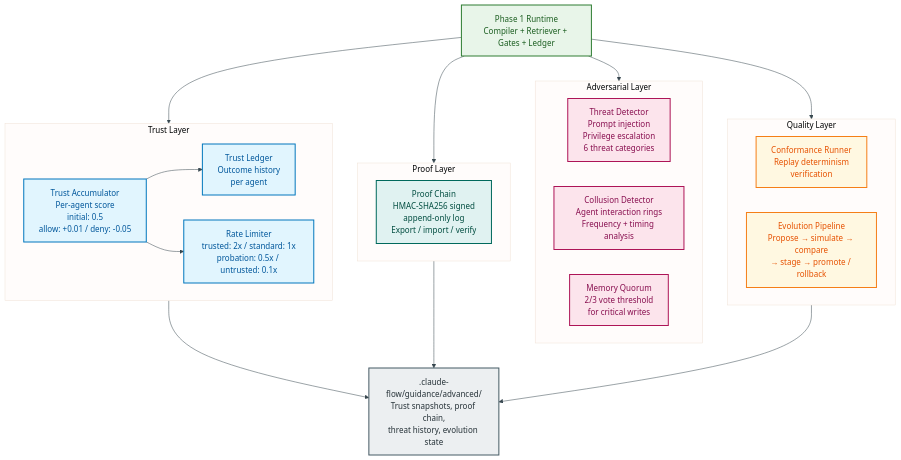
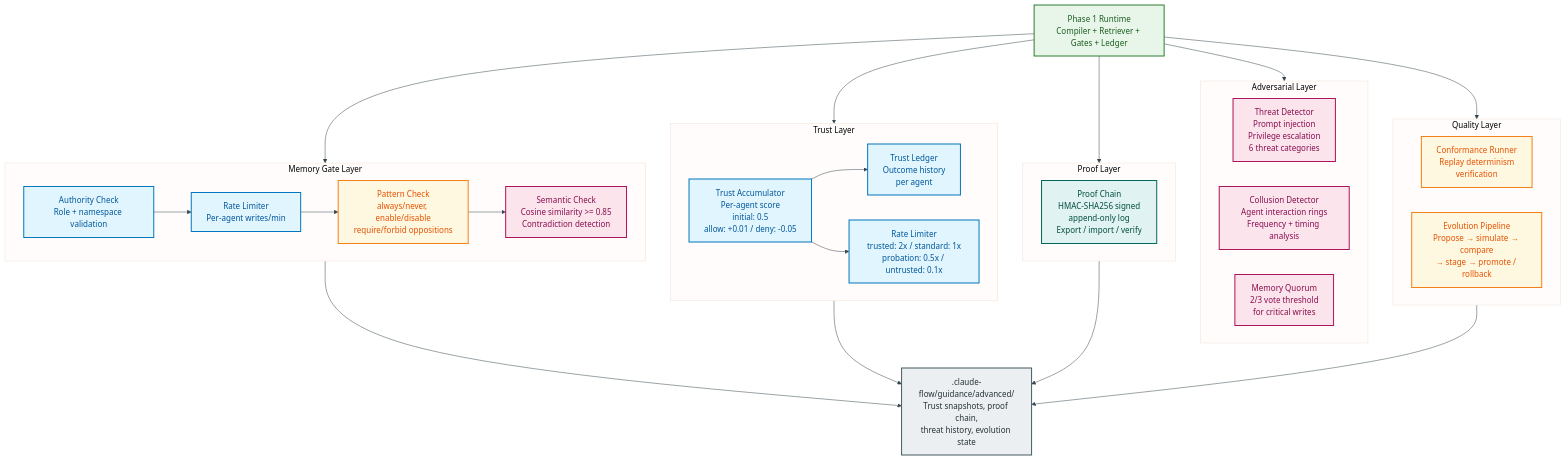
Before and after one commit to sparkling/claude-flow-guidance-implementation: the sixth of 8 diagrams in docs/architecture.md, drawn with Mermaid. The commit also changed other lines of this file and 8 other files, not shown here.

First line of the commit message:
docs: update all guides for GD-001 EmbeddingProvider + GD-002 MemoryWriteGateHook

````diff
--- a/docs/architecture.md
+++ b/docs/architecture.md
@@ -396,60 +401,74 @@
 ```mermaid
 %%{init: {
   "theme": "base",
   "themeVariables": {
     "primaryColor": "#E3F2FD",
     "primaryTextColor": "#0D47A1",
     "primaryBorderColor": "#1565C0",
     "lineColor": "#37474F"
   }
 }}%%
 flowchart TB
     accTitle: Security Architecture
     accDescr: Shows the four security layers of the Advanced Runtime
 
     classDef core fill:#E8F5E9,stroke:#2E7D32,stroke-width:2px,color:#1B5E20
     classDef trust fill:#E1F5FE,stroke:#0277BD,stroke-width:2px,color:#01579B
     classDef adversarial fill:#FCE4EC,stroke:#AD1457,stroke-width:2px,color:#880E4F
     classDef proof fill:#E0F2F1,stroke:#00695C,stroke-width:2px,color:#004D40
     classDef quality fill:#FFF8E1,stroke:#F57F17,stroke-width:2px,color:#E65100
     classDef data fill:#ECEFF1,stroke:#455A64,stroke-width:2px,color:#263238
 
-    P1["Phase 1 Runtime\nCompiler + Retriever + Gates + Ledger"]:::core
+    P1["Phase 1 Runtime<br/>Compiler + Retriever + Gates + Ledger"]:::core
 
     subgraph TrustLayer["Trust Layer"]
         direction LR
-        TA["Trust Accumulator\nPer-agent score\ninitial: 0.5\nallow: +0.01 / deny: -0.05"]:::trust
-        TL["Trust Ledger\nOutcome history\nper agent"]:::trust
-        RL["Rate Limiter\ntrusted: 2x / standard: 1x\nprobation: 0.5x / untrusted: 0.1x"]:::trust
+        TA["Trust Accumulator<br/>Per-agent score<br/>initial: 0.5<br/>allow: +0.01 / deny: -0.05"]:::trust
+        TL["Trust Ledger<br/>Outcome history<br/>per agent"]:::trust
+        RL["Rate Limiter<br/>trusted: 2x / standard: 1x<br/>probation: 0.5x / untrusted: 0.1x"]:::trust
         TA --> TL
         TA --> RL
     end
 
     subgraph AdversarialLayer["Adversarial Layer"]
         direction LR
-        TD["Threat Detector\nPrompt injection\nPrivilege escalation\n6 threat categories"]:::adversarial
-        CD["Collusion Detector\nAgent interaction rings\nFrequency + timing analysis"]:::adversarial
-        MQ["Memory Quorum\n2/3 vote threshold\nfor critical writes"]:::adversarial
+        TD["Threat Detector<br/>Prompt injection<br/>Privilege escalation<br/>6 threat categories"]:::adversarial
+        CD["Collusion Detector<br/>Agent interaction rings<br/>Frequency + timing analysis"]:::adversarial
+        MQ["Memory Quorum<br/>2/3 vote threshold<br/>for critical writes"]:::adversarial
     end
 
     subgraph ProofLayer["Proof Layer"]
-        PC["Proof Chain\nHMAC-SHA256 signed\nappend-only log\nExport / import / verify"]:::proof
+        PC["Proof Chain<br/>HMAC-SHA256 signed<br/>append-only log<br/>Export / import / verify"]:::proof
     end
 
     subgraph QualityLayer["Quality Layer"]
         direction LR
-        CR["Conformance Runner\nReplay determinism\nverification"]:::quality
-        EP["Evolution Pipeline\nPropose → simulate → compare\n→ stage → promote / rollback"]:::quality
+        CR["Conformance Runner<br/>Replay determinism<br/>verification"]:::quality
+        EVP["Evolution Pipeline<br/>Propose → simulate → compare<br/>→ stage → promote / rollback"]:::quality
     end
 
-    State[".claude-flow/guidance/advanced/\nTrust snapshots, proof chain,\nthreat history, evolution state"]:::data
+    subgraph MemoryGateLayer["Memory Gate Layer"]
+        direction LR
+        MGAuth["Authority Check<br/>Role + namespace validation"]:::trust
+        MGRate["Rate Limiter<br/>Per-agent writes/min"]:::trust
+        MGPattern["Pattern Check<br/>always/never, enable/disable<br/>require/forbid oppositions"]:::quality
+        MGSemantic["Semantic Check<br/>Cosine similarity >= 0.85<br/>Contradiction detection"]:::adversarial
+        MGAuth --> MGRate
+        MGRate --> MGPattern
+        MGPattern --> MGSemantic
+    end
+
+    P1 --> MemoryGateLayer
+    MemoryGateLayer --> State
+
+    State[".claude-flow/guidance/advanced/<br/>Trust snapshots, proof chain,<br/>threat history, evolution state"]:::data
 
     P1 --> TrustLayer
     P1 --> AdversarialLayer
     P1 --> ProofLayer
     P1 --> QualityLayer
 
     TrustLayer --> State
     ProofLayer --> State
     QualityLayer --> State
 ```
````
